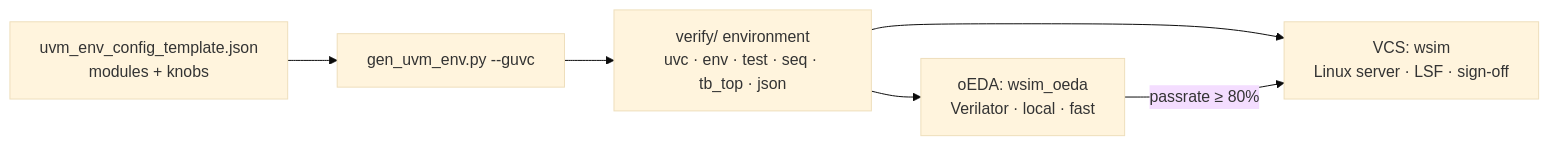
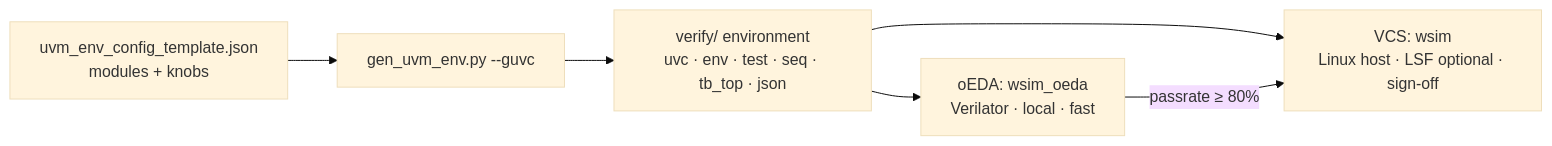
The first of 5 diagrams in verify/README.md (lingwang97/multi-agents-verify-flow), drawn with Mermaid (base theme) before and after one commit. The commit also changed other lines of this file, not shown here.

First line of the commit message:
README: quick start updated to the current flow

````diff
--- a/verify/README.md
+++ b/verify/README.md
@@ -5,8 +5,8 @@
 ```mermaid
 flowchart LR
   CFG["uvm_env_config_template.json<br/>modules + knobs"] --> GEN["gen_uvm_env.py --guvc"]
   GEN --> ENV["verify/ environment<br/>uvc · env · test · seq · tb_top · json"]
   ENV --> OEDA["oEDA: wsim_oeda<br/>Verilator · local · fast"]
-  ENV --> VCS["VCS: wsim<br/>Linux server · LSF · sign-off"]
+  ENV --> VCS["VCS: wsim<br/>Linux host · LSF optional · sign-off"]
   OEDA -- "passrate ≥ 80%" --> VCS
 ```
````
